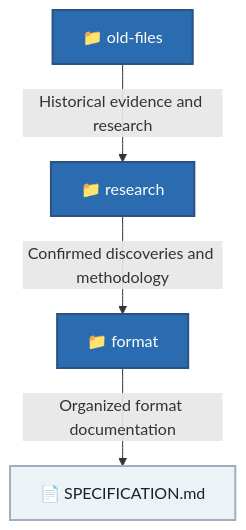
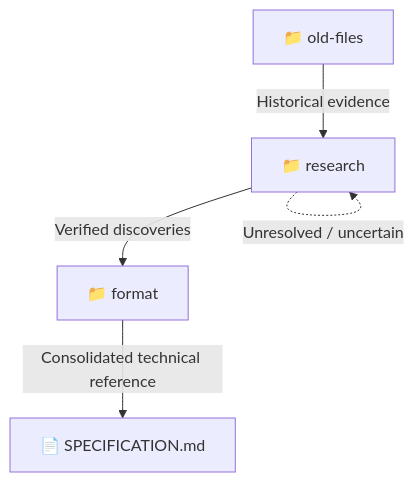
Before and after one commit to JuanCrakYT/RtG-Format: the diagram in old-files/README.md, drawn with Mermaid. The commit also changed 1 other file, not shown here.

Commit message:
Change on Mermaid

````diff
--- a/old-files/README.md
+++ b/old-files/README.md
@@ -31,12 +31,13 @@
 ```mermaid
 flowchart TD
-    OLD["📁 old-files"] -->|"Historical evidence and research"| RESEARCH["📁 research"]
-    RESEARCH -->|"Confirmed discoveries and methodology"| FORMAT["📁 format"]
-    FORMAT -->|"Organized format documentation"| SPEC["📄 SPECIFICATION.md"]
+    OLD["📁 old-files"]
+    RESEARCH["📁 research"]
+    FORMAT["📁 format"]
+    SPEC["📄 SPECIFICATION.md"]
 
-    classDef folder fill:#2b6cb0,color:#fff,stroke:#2c5282,stroke-width:2px;
-    classDef file fill:#edf2f7,color:#1a202c,stroke:#a0aec0,stroke-width:2px;
+    OLD -->|"Historical evidence"| RESEARCH
+    RESEARCH -->|"Verified discoveries"| FORMAT
+    FORMAT -->|"Consolidated technical reference"| SPEC
 
-    class OLD,RESEARCH,FORMAT folder;
-    class SPEC file;
+    RESEARCH -.->|"Unresolved / uncertain"| RESEARCH
 ```
````
